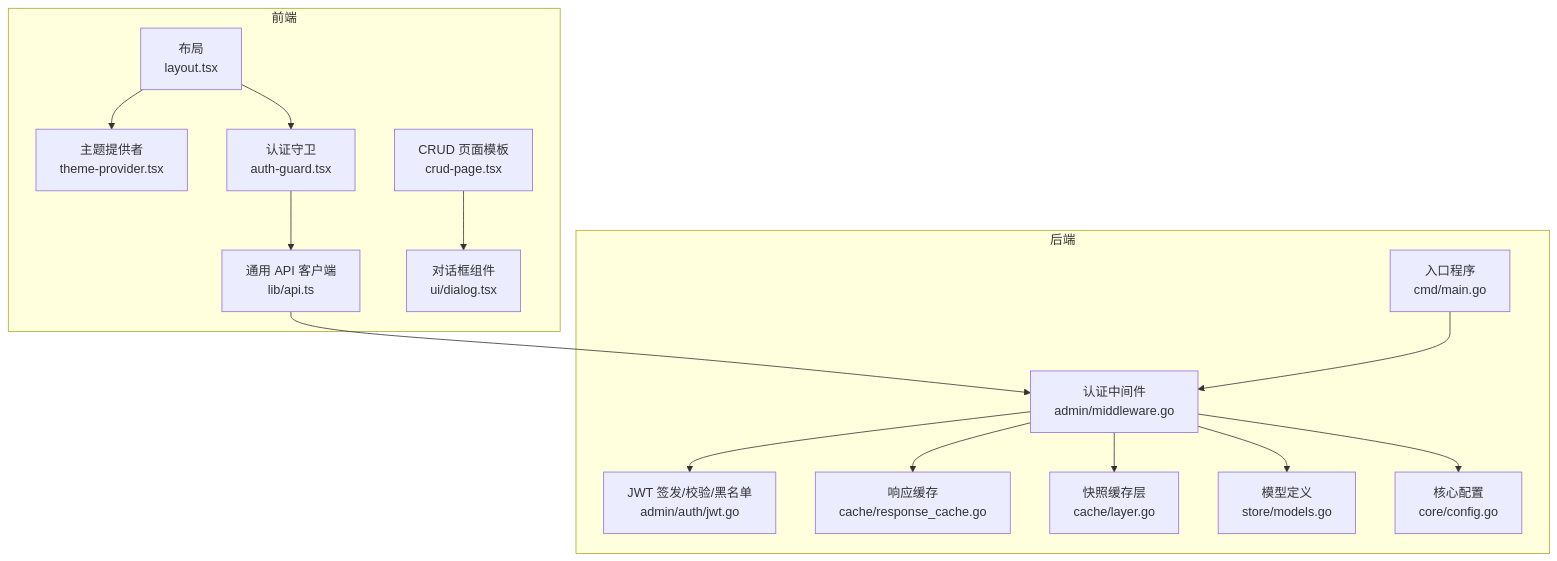
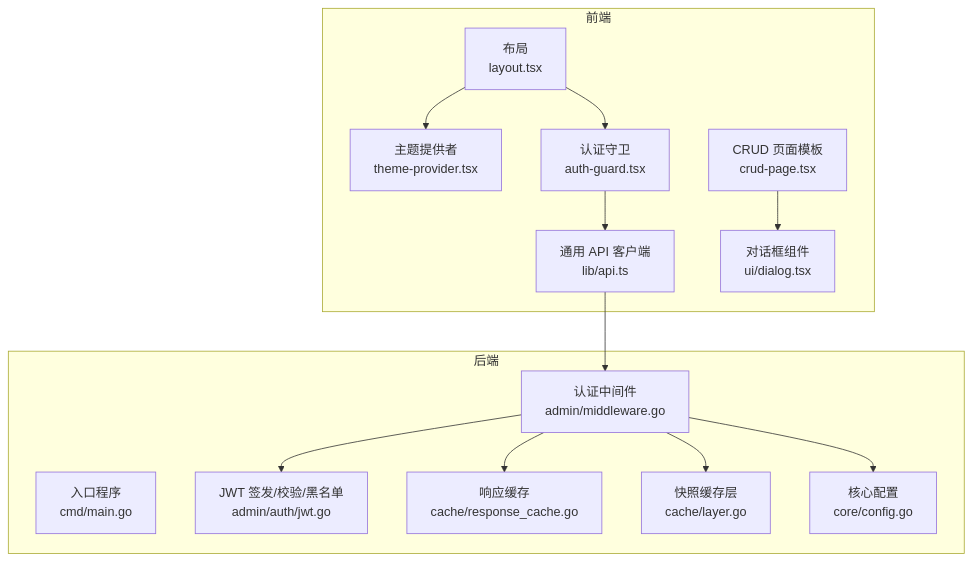
One commit to x01n/My-OpenWaf changed the first of 7 diagrams in docs/前端管理界面/状态管理策略.md. Above: the diagram before and after it, drawn with Mermaid. The commit also changed other lines of this file and 199 other files, not shown here.

````diff
--- a/docs/前端管理界面/状态管理策略.md
+++ b/docs/前端管理界面/状态管理策略.md
@@ -46,31 +45,28 @@
 ```mermaid
 graph TB
 subgraph "前端"
 A["布局<br/>layout.tsx"]
 B["主题提供者<br/>theme-provider.tsx"]
 C["认证守卫<br/>auth-guard.tsx"]
 D["通用 API 客户端<br/>lib/api.ts"]
 E["对话框组件<br/>ui/dialog.tsx"]
 F["CRUD 页面模板<br/>crud-page.tsx"]
 end
 subgraph "后端"
 G["入口程序<br/>cmd/main.go"]
 H["认证中间件<br/>admin/middleware.go"]
 I["JWT 签发/校验/黑名单<br/>admin/auth/jwt.go"]
 J["响应缓存<br/>cache/response_cache.go"]
 K["快照缓存层<br/>cache/layer.go"]
-L["模型定义<br/>store/models.go"]
-M["核心配置<br/>core/config.go"]
+L["核心配置<br/>core/config.go"]
 end
 A --> B
 A --> C
 C --> D
 F --> E
 D --> H
 H --> I
 H --> J
 H --> K
 H --> L
-H --> M
-G --> H
 ```
````
